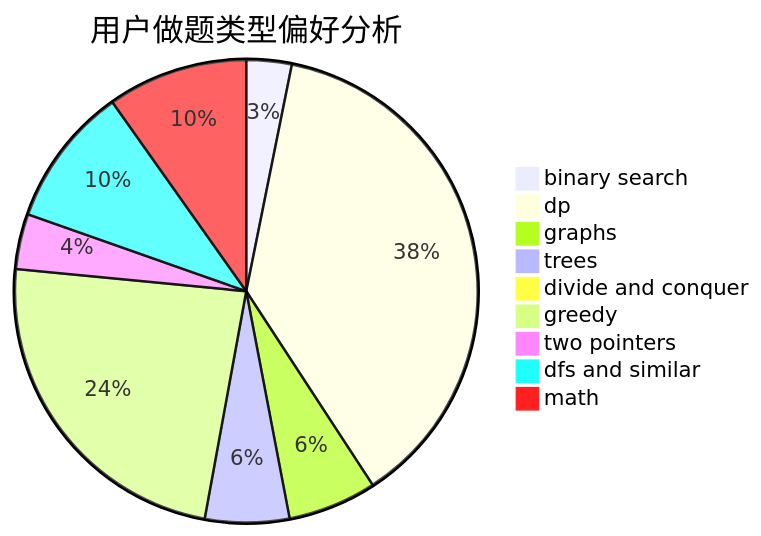
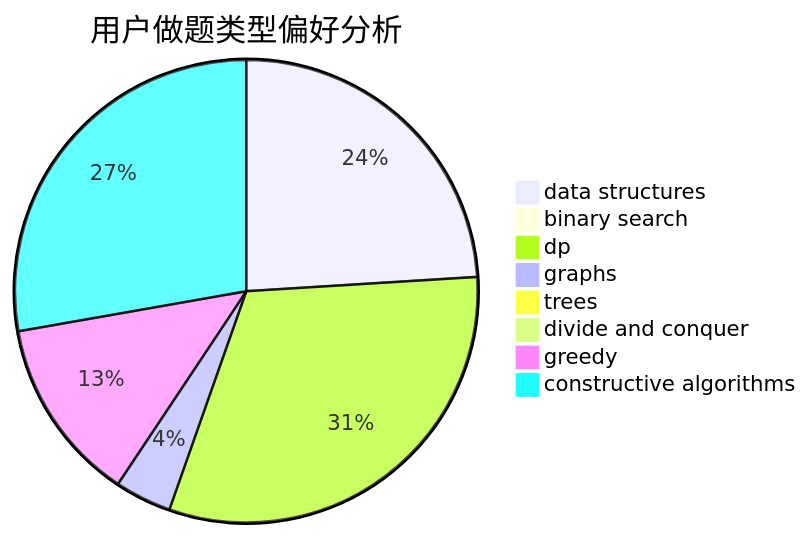
One commit to sherpahu/cfrs.github.io changed the second of 3 diagrams in docs/user/u275.md. Above: the diagram before and after it, drawn with Mermaid. The commit also changed other lines of this file and 2775 other files, not shown here.

````diff
--- a/docs/user/u275.md
+++ b/docs/user/u275.md
@@ -23,12 +23,11 @@
 ```mermaid
 pie title 用户做题类型偏好分析
-    "binary search" :  50
-    "dp" :  595
-    "graphs" :  98
-    "trees" :  93
+    "data structures" :  352
+    "binary search" :  13
+    "dp" :  460
+    "graphs" :  58
+    "trees" :  4
     "divide and conquer" :  0
-    "greedy" :  374
-    "two pointers" :  61
-    "dfs and similar" :  155
-    "math" :  155
+    "greedy" :  189
+    "constructive algorithms" :  407
 ```
````
